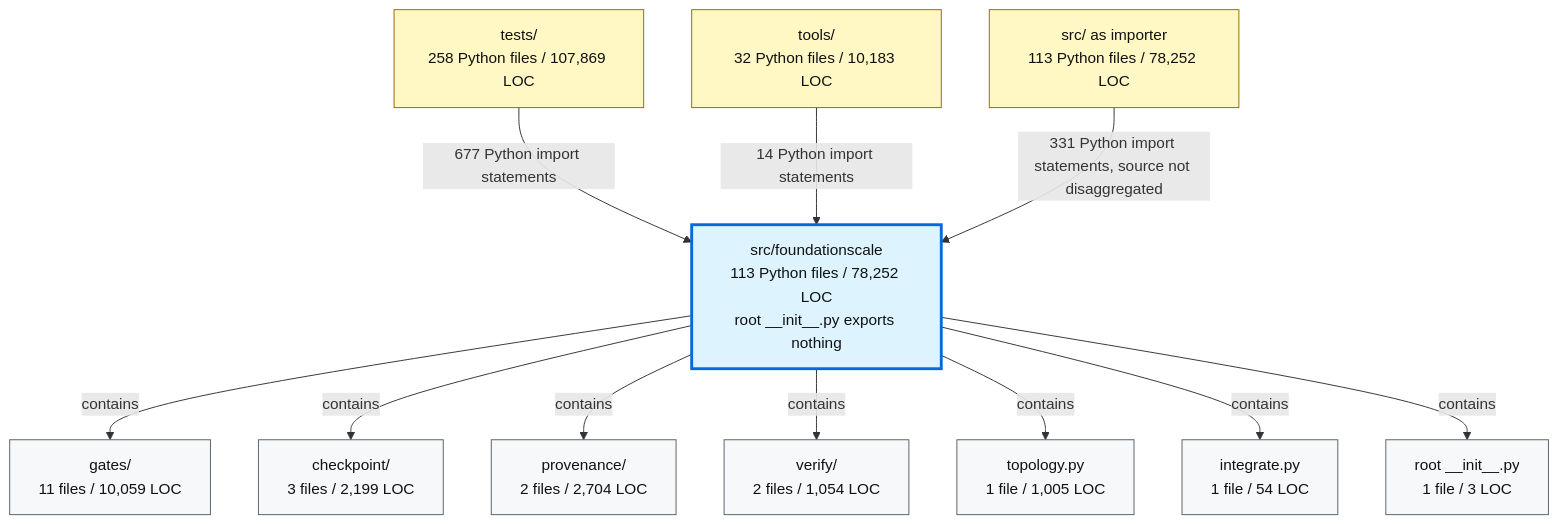
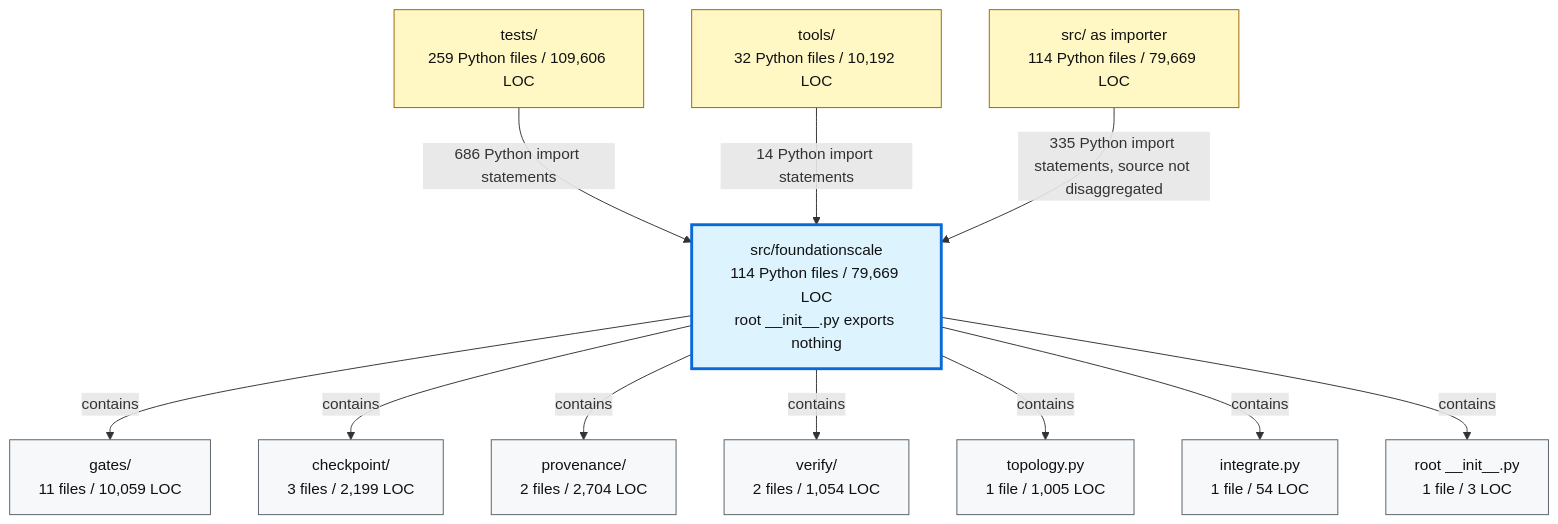
Before and after one commit to TranNhiem/FoundationScale: the second of 2 diagrams in docs/review/D2_current_architecture.md, drawn with Mermaid. The commit also changed other lines of this file and 10 other files, not shown here.

````diff
--- a/docs/review/D2_current_architecture.md
+++ b/docs/review/D2_current_architecture.md
@@ -97,36 +97,36 @@
 ```mermaid
 flowchart TB
-  TESTS["tests/<br/>258 Python files / 107,869 LOC"]
-  TOOLS["tools/<br/>32 Python files / 10,183 LOC"]
-  SRC["src/ as importer<br/>113 Python files / 78,252 LOC"]
+  TESTS["tests/<br/>259 Python files / 109,606 LOC"]
+  TOOLS["tools/<br/>32 Python files / 10,192 LOC"]
+  SRC["src/ as importer<br/>114 Python files / 79,669 LOC"]
 
-  FS["src/foundationscale<br/>113 Python files / 78,252 LOC<br/>root __init__.py exports nothing"]
+  FS["src/foundationscale<br/>114 Python files / 79,669 LOC<br/>root __init__.py exports nothing"]
 
   GATES["gates/<br/>11 files / 10,059 LOC"]
   CKPT["checkpoint/<br/>3 files / 2,199 LOC"]
   PROV["provenance/<br/>2 files / 2,704 LOC"]
   VERIFY["verify/<br/>2 files / 1,054 LOC"]
   TOPO["topology.py<br/>1 file / 1,005 LOC"]
   INTEG["integrate.py<br/>1 file / 54 LOC"]
   ROOT["root __init__.py<br/>1 file / 3 LOC"]
 
-  TESTS -->|"677 Python import statements"| FS
+  TESTS -->|"686 Python import statements"| FS
   TOOLS -->|"14 Python import statements"| FS
-  SRC -->|"331 Python import statements, source not disaggregated"| FS
+  SRC -->|"335 Python import statements, source not disaggregated"| FS
 
   FS -->|"contains"| GATES
   FS -->|"contains"| CKPT
   FS -->|"contains"| PROV
   FS -->|"contains"| VERIFY
   FS -->|"contains"| TOPO
   FS -->|"contains"| INTEG
   FS -->|"contains"| ROOT
 
   classDef consumer fill:#fff8c5,stroke:#9a6700,color:#111;
   classDef package fill:#ddf4ff,stroke:#0969da,stroke-width:3px,color:#111;
   classDef module fill:#f6f8fa,stroke:#57606a,color:#111;
 
   class TESTS,TOOLS,SRC consumer;
   class FS package;
   class GATES,CKPT,PROV,VERIFY,TOPO,INTEG,ROOT module;
 ```
````
